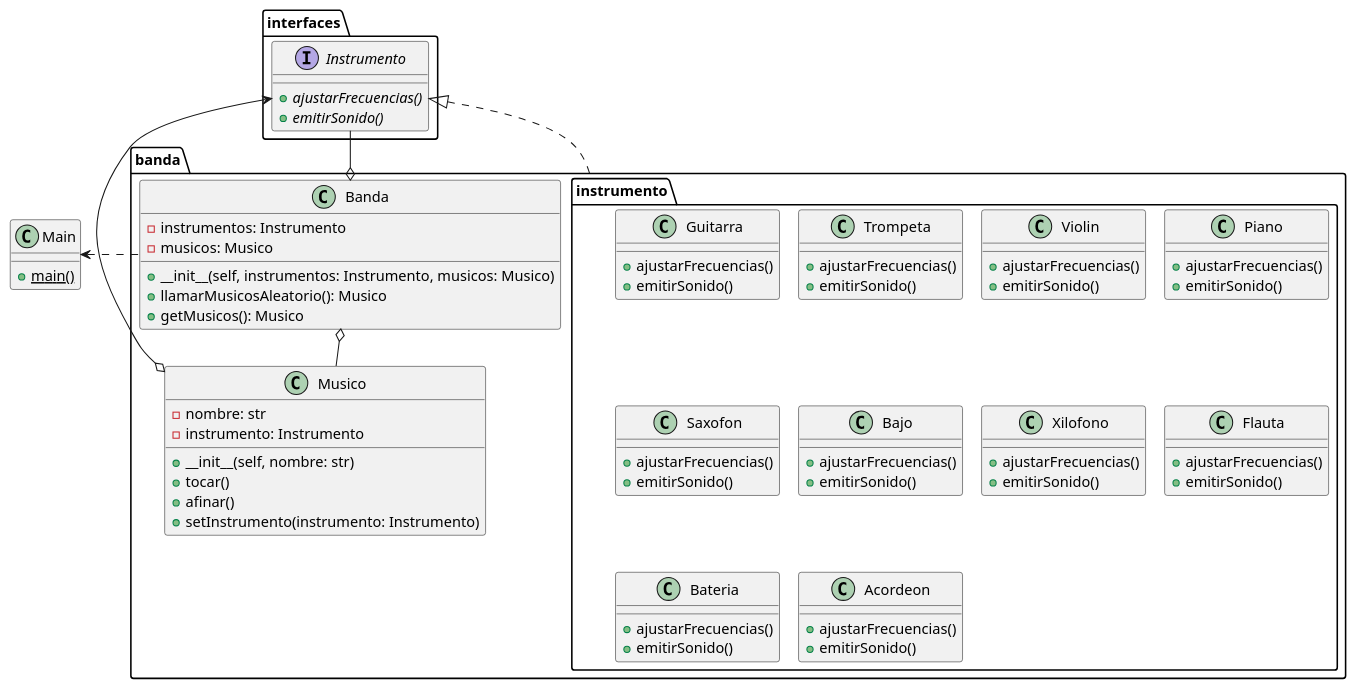
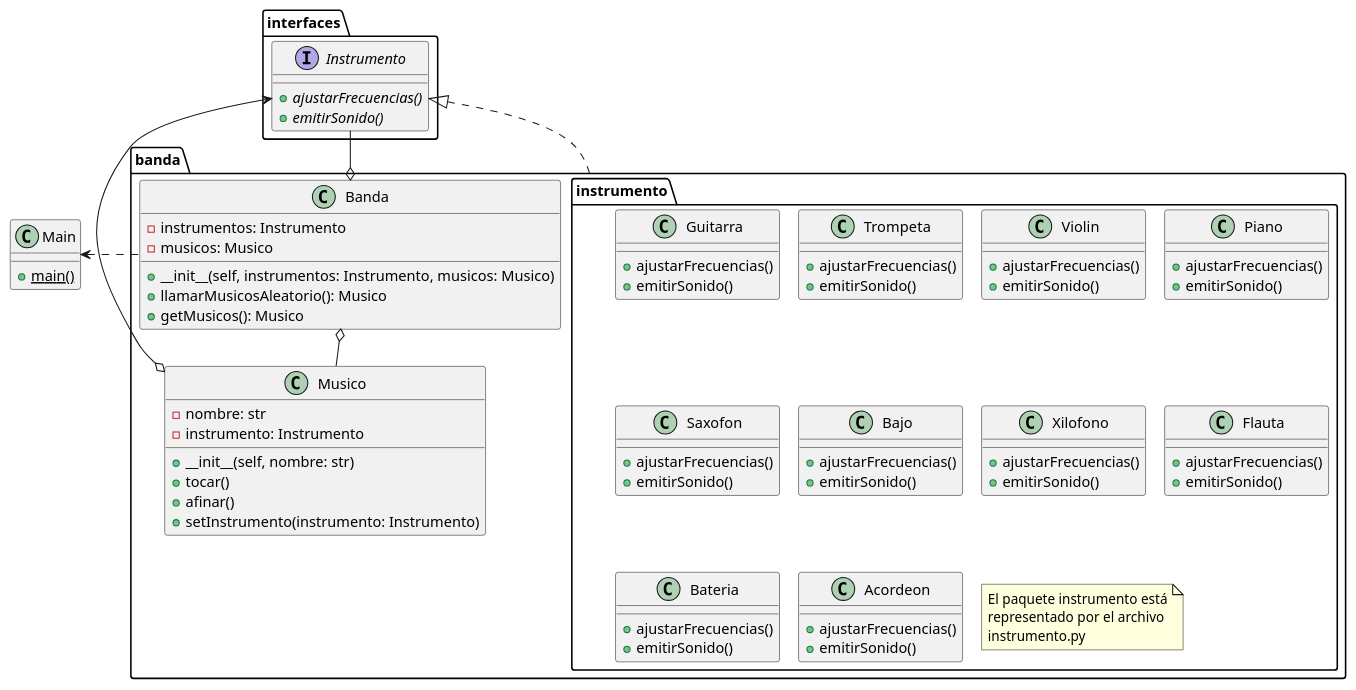
Before and after one commit to Inaryuta/Entregable-I-Modelos-Programacion-II: the diagram in diagramas/codigos/DiagramaClases.puml, drawn with PlantUML. The commit also changed 4 other files, not shown here.

```diff
--- a/diagramas/codigos/DiagramaClases.puml
+++ b/diagramas/codigos/DiagramaClases.puml
@@ -1,99 +1,106 @@
 @startuml Diagrama de Clases
 !pragma layout smetana
 
 'Primeras relaciones'
 package "banda" {
     class Musico  {
         -nombre: str
         -instrumento: Instrumento
 
         +__init__(self, nombre: str)
         +tocar()
         +afinar()
         +setInstrumento(instrumento: Instrumento)
     }
 
     class Banda {
         -instrumentos: Instrumento
         -musicos: Musico
 
         +__init__(self, instrumentos: Instrumento, musicos: Musico)
         +llamarMusicosAleatorio(): Musico
         +getMusicos(): Musico
     }
 
     package "instrumento" {
         class Guitarra {
             +ajustarFrecuencias()
             +emitirSonido()
         }
 
         class Trompeta {
             +ajustarFrecuencias()
             +emitirSonido()
         }
 
         class Violin  {
             +ajustarFrecuencias()
             +emitirSonido()
         }
 
         class Piano  {
             +ajustarFrecuencias()
             +emitirSonido()
         }
 
         class Saxofon  {
             +ajustarFrecuencias()
             +emitirSonido()
         }
 
         class Bajo  {
             +ajustarFrecuencias()
             +emitirSonido()
         }
 
         class Xilofono  {
             +ajustarFrecuencias()
             +emitirSonido()
         }
 
         class Flauta  {
             +ajustarFrecuencias()
             +emitirSonido()
         }
 
         class Bateria  {
             +ajustarFrecuencias()
             +emitirSonido()
         }
 
         class Acordeon  {
             +ajustarFrecuencias()
             +emitirSonido()
         }
+
+        note as nota1
+            El paquete instrumento está
+            representado por el archivo
+            instrumento.py
+        end note
     }
 
     Banda o-- Musico
 }
 
 package "interfaces" {
     interface Instrumento {
         +{abstract} ajustarFrecuencias()
         +{abstract} emitirSonido()
     }
 }
 
 class Main {
     + {static} main()
 }
 
+
 'Terceras relaciones'
 Main <. banda.Banda
 
 interfaces.Instrumento <-o banda.Musico
 interfaces.Instrumento --o banda.Banda
 
 interfaces.Instrumento <|.. banda.instrumento
 
 @enduml
```
